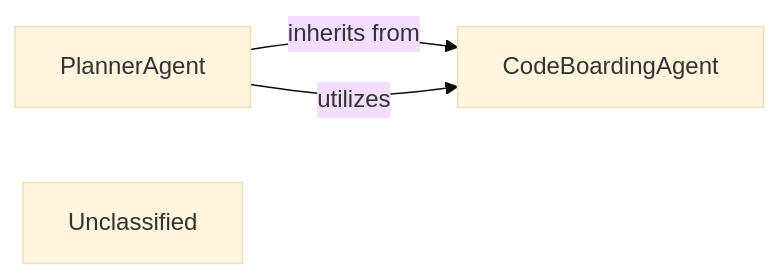
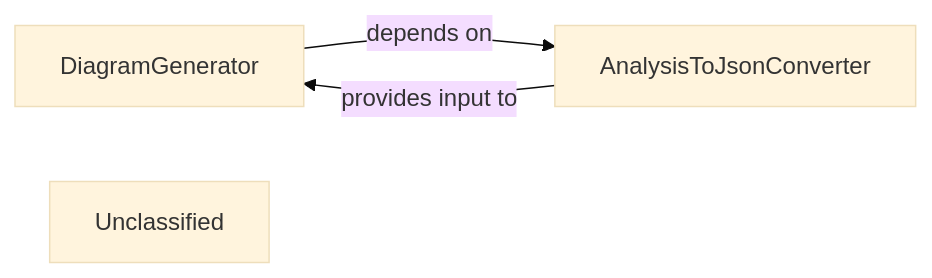
Before and after one commit to CodeBoarding/CodeBoarding: the second of 6 diagrams in docs/development/architecture.md, drawn with Mermaid (base theme). The commit also changed other lines of this file and 21 other files, not shown here.

First line of the commit message:
docs: update codeboarding documentation and generate architecture

````diff
--- a/docs/development/architecture.md
+++ b/docs/development/architecture.md
@@ -100,8 +72,8 @@
 ```mermaid
 graph LR
-    CodeBoardingAgent["CodeBoardingAgent"]
-    PlannerAgent["PlannerAgent"]
+    DiagramGenerator["DiagramGenerator"]
+    AnalysisToJsonConverter["AnalysisToJsonConverter"]
     Unclassified["Unclassified"]
-    PlannerAgent -- "inherits from" --> CodeBoardingAgent
-    PlannerAgent -- "utilizes" --> CodeBoardingAgent
+    DiagramGenerator -- "depends on" --> AnalysisToJsonConverter
+    AnalysisToJsonConverter -- "provides input to" --> DiagramGenerator
 ```
````
